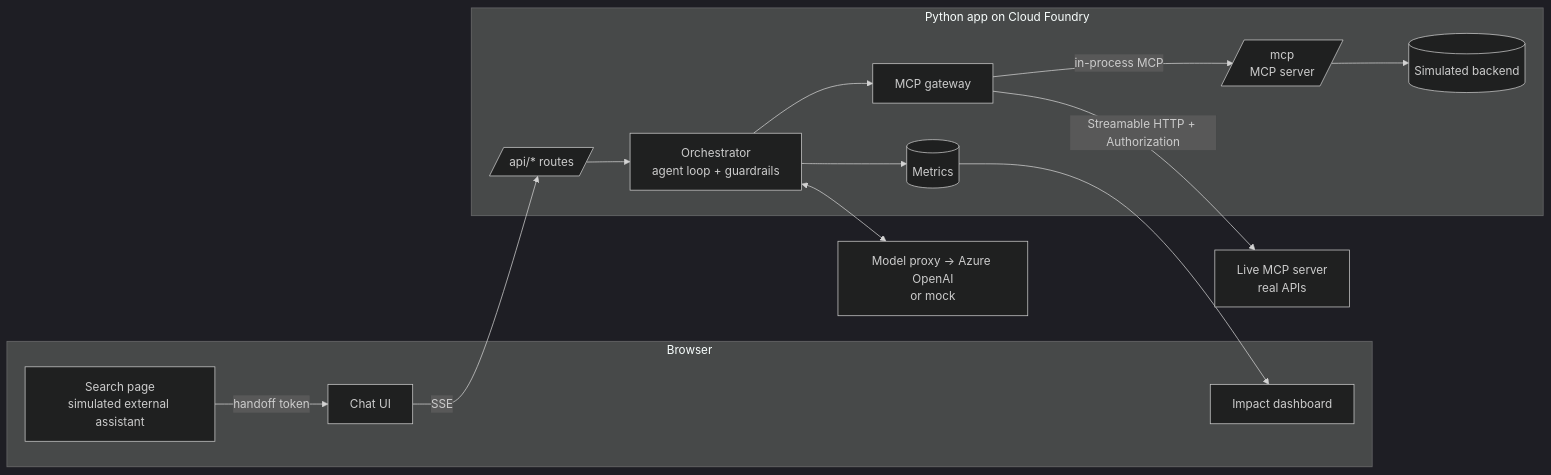
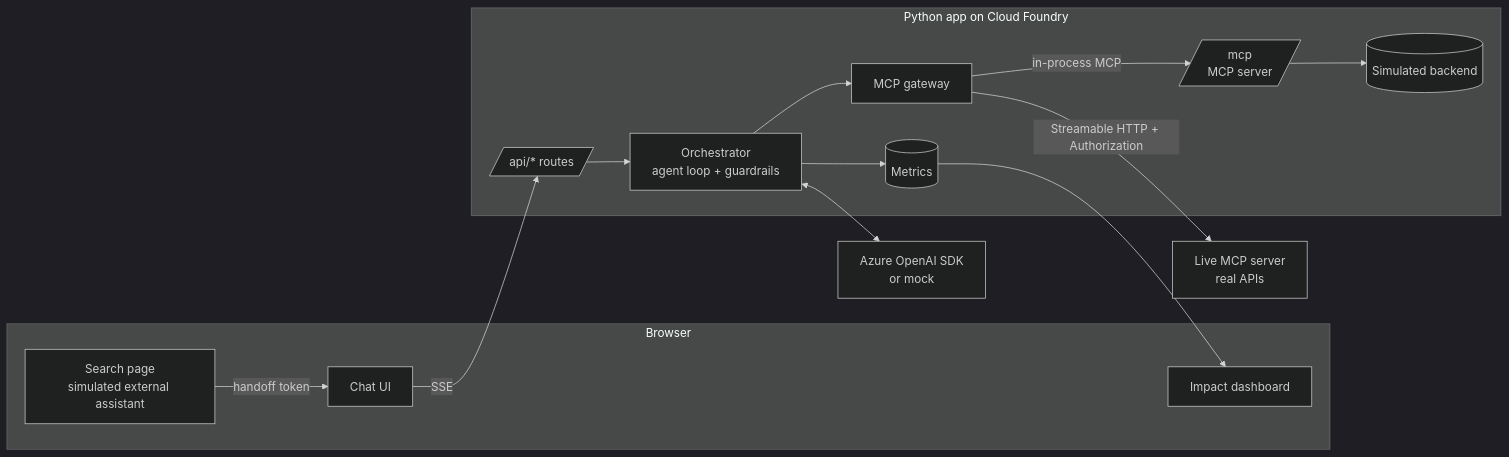
Before and after one commit to teja1989/sales-assistant: the diagram in docs/architecture.md, drawn with Mermaid (dark theme). The commit also changed other lines of this file and 18 other files, not shown here.

First line of the commit message:
Use the official Azure OpenAI SDK; same settings locally and on CF

````diff
--- a/docs/architecture.md
+++ b/docs/architecture.md
@@ -5,26 +5,26 @@
 ```mermaid
 flowchart LR
   subgraph Browser
     S[Search page<br/>simulated external assistant]
     C[Chat UI]
     D[Impact dashboard]
   end
   subgraph App[Python app on Cloud Foundry]
     API[/api/* routes/]
     O[Orchestrator<br/>agent loop + guardrails]
     G[MCP gateway]
     M[(Metrics)]
     MCP[/mcp<br/>MCP server/]
     SIM[(Simulated backend)]
   end
-  LLM[Model proxy → Azure OpenAI<br/>or mock]
+  LLM[Azure OpenAI SDK<br/>or mock]
   LIVE[Live MCP server<br/>real APIs]
 
   S -- handoff token --> C
   C -- SSE --> API --> O
   O <--> LLM
   O --> G
   G -- in-process MCP --> MCP --> SIM
   G -- Streamable HTTP + Authorization --> LIVE
   O --> M --> D
 ```
````
